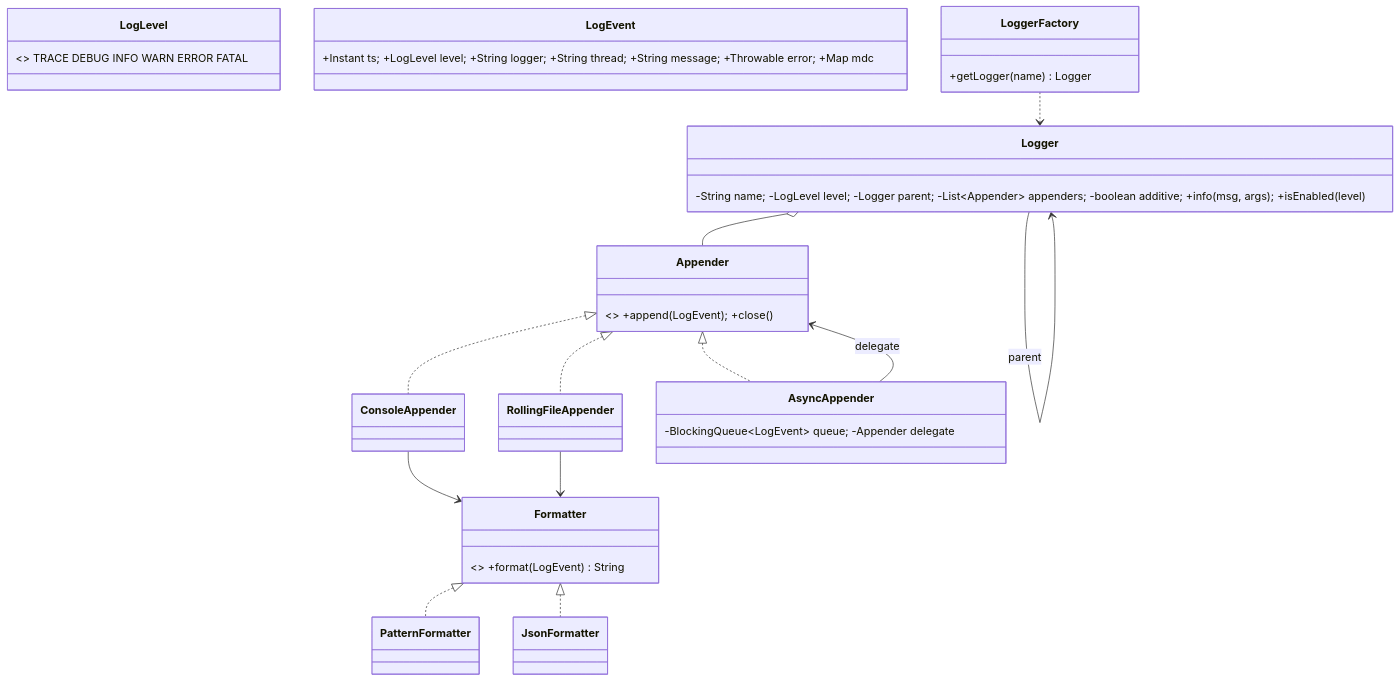
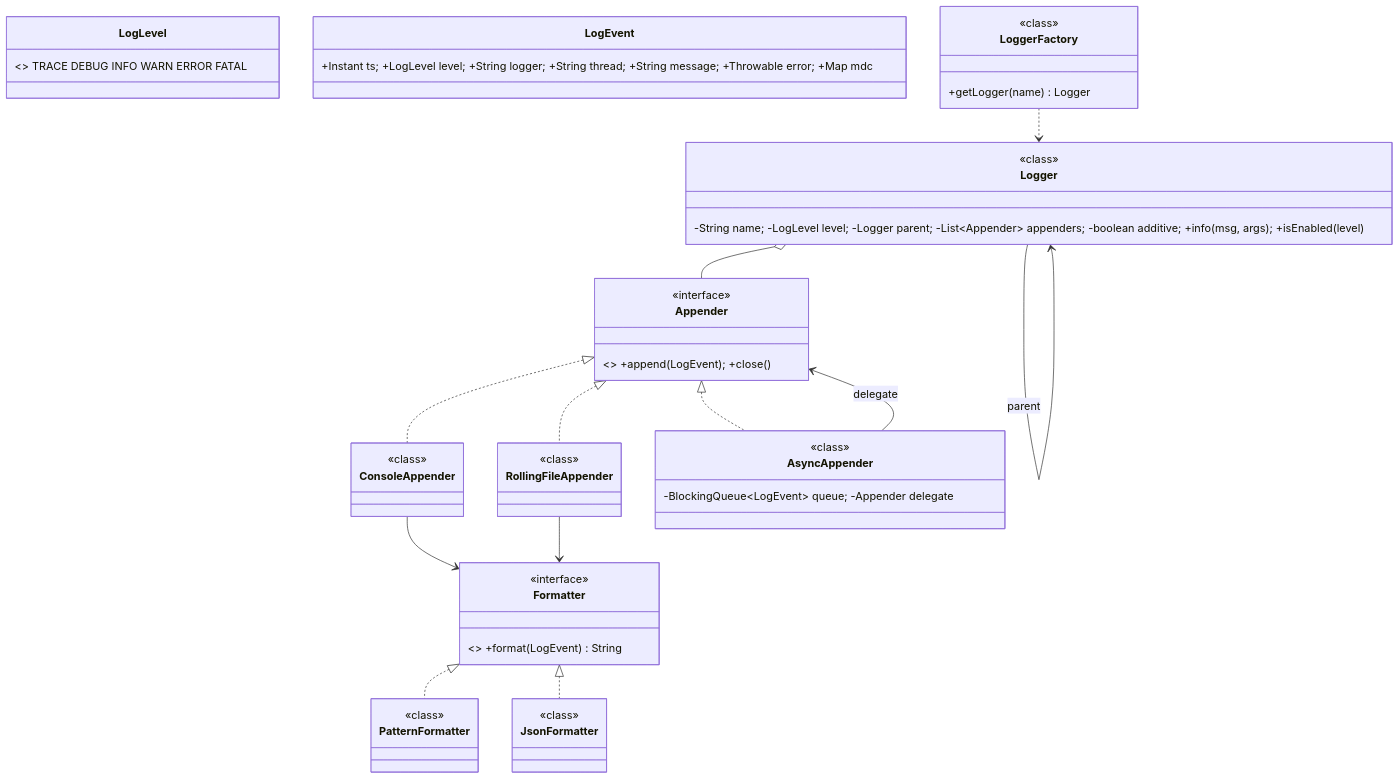
One commit to amarkum/amarkumar.guru changed the first of 2 diagrams in system-design/lld/23-logging-framework.md. Above: the diagram before and after it, drawn with Mermaid. The commit also changed 27 other files, not shown here.

Commit message:
Label every UML type as interface, enumeration, abstract, record or class, add missing enums, and colour-code them.

````diff
--- a/system-design/lld/23-logging-framework.md
+++ b/system-design/lld/23-logging-framework.md
@@ -41,25 +41,48 @@
 ```mermaid
 classDiagram
     class LogLevel { <<enumeration>> TRACE DEBUG INFO WARN ERROR FATAL }
     class LogEvent { +Instant ts; +LogLevel level; +String logger; +String thread; +String message; +Throwable error; +Map mdc }
     class Logger { -String name; -LogLevel level; -Logger parent; -List~Appender~ appenders; -boolean additive; +info(msg, args); +isEnabled(level) }
     class LoggerFactory { +getLogger(name) Logger }
     class Appender { <<interface>> +append(LogEvent); +close() }
-    class ConsoleAppender
-    class RollingFileAppender
+    class ConsoleAppender {
+      <<class>>
+    }
+    class RollingFileAppender {
+      <<class>>
+    }
     class AsyncAppender { -BlockingQueue~LogEvent~ queue; -Appender delegate }
     class Formatter { <<interface>> +format(LogEvent) String }
-    class PatternFormatter
-    class JsonFormatter
+    class PatternFormatter {
+      <<class>>
+    }
+    class JsonFormatter {
+      <<class>>
+    }
     Logger --> Logger : parent
     Logger o-- Appender
     Appender <|.. ConsoleAppender
     Appender <|.. RollingFileAppender
     Appender <|.. AsyncAppender
     AsyncAppender --> Appender : delegate
     ConsoleAppender --> Formatter
     RollingFileAppender --> Formatter
     Formatter <|.. PatternFormatter
     Formatter <|.. JsonFormatter
     LoggerFactory ..> Logger
+    class LoggerFactory {
+      <<class>>
+    }
+    class Logger {
+      <<class>>
+    }
+    class Formatter {
+      <<interface>>
+    }
+    class Appender {
+      <<interface>>
+    }
+    class AsyncAppender {
+      <<class>>
+    }
 ```
````
